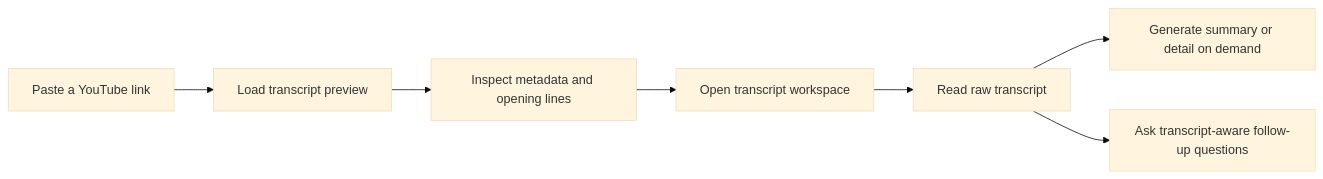
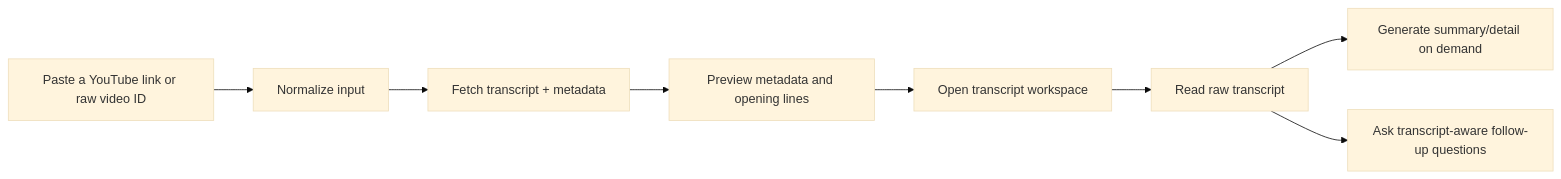
Before and after one commit to bigmacfive/youtube-crawl: the diagram in README.md, drawn with Mermaid (base theme). The commit also changed other lines of this file and 11 other files, not shown here.

````diff
--- a/README.md
+++ b/README.md
@@ -33,9 +49,10 @@
 ```mermaid
 flowchart LR
-    A["Paste a YouTube link"] --> B["Load transcript preview"]
-    B --> C["Inspect metadata and opening lines"]
-    C --> D["Open transcript workspace"]
-    D --> E["Read raw transcript"]
-    E --> F["Generate summary or detail on demand"]
-    E --> G["Ask transcript-aware follow-up questions"]
+    A["Paste a YouTube link or raw video ID"] --> B["Normalize input"]
+    B --> C["Fetch transcript + metadata"]
+    C --> D["Preview metadata and opening lines"]
+    D --> E["Open transcript workspace"]
+    E --> F["Read raw transcript"]
+    F --> G["Generate summary/detail on demand"]
+    F --> H["Ask transcript-aware follow-up questions"]
 ```
````
